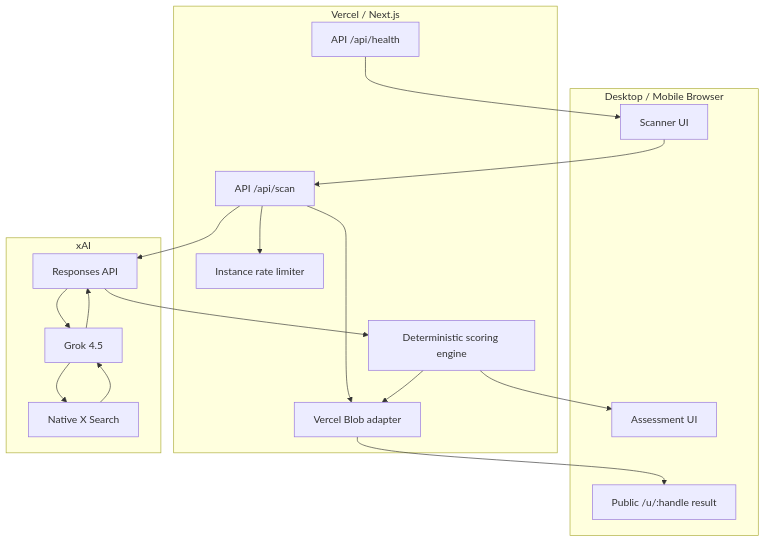
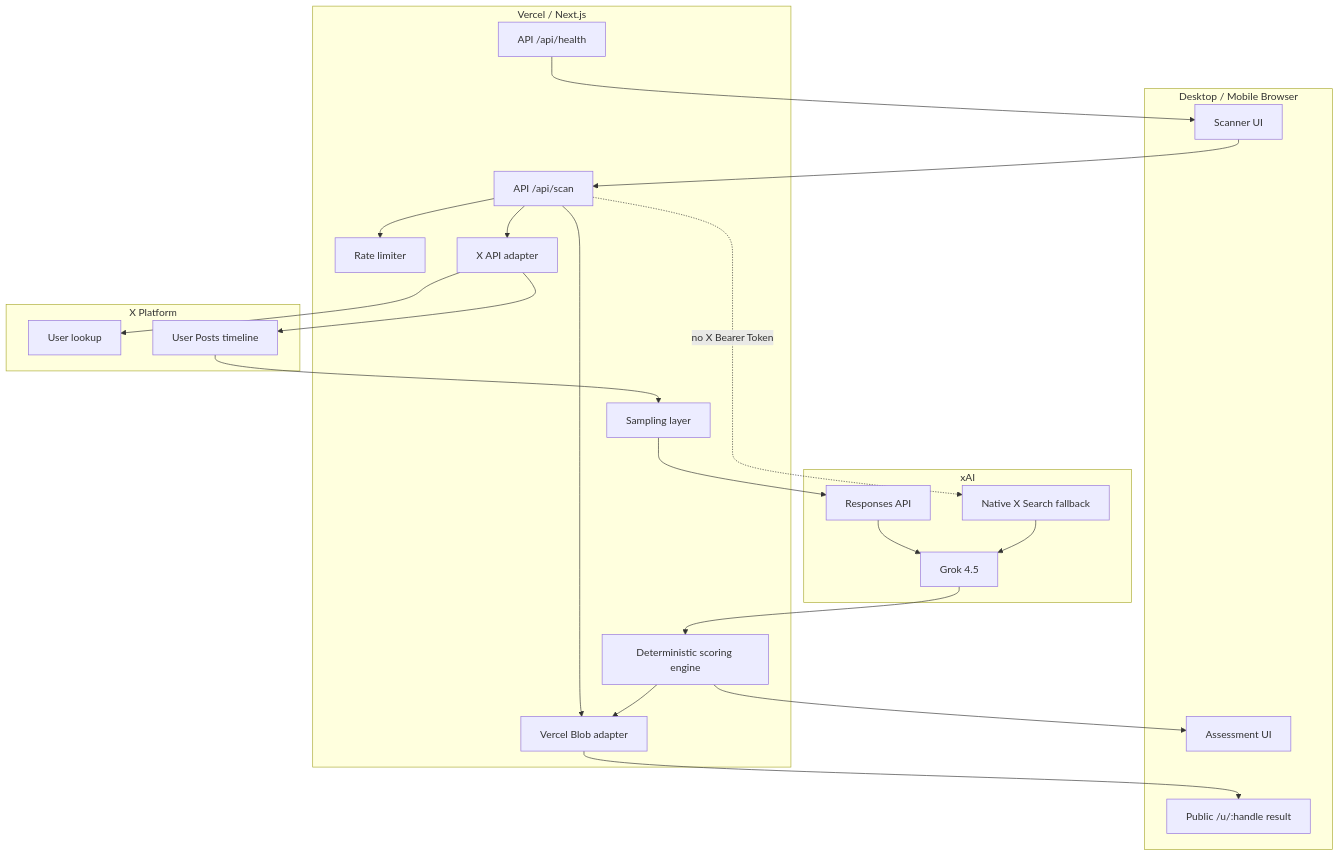
The second of 2 diagrams in README.md (mssystem1/x-account-authentication-for-commons-), drawn with Mermaid before and after one commit. The commit also changed other lines of this file, not shown here.

Commit message:
Document official X API plus Grok production architecture

````diff
--- a/README.md
+++ b/README.md
@@ -62,36 +77,46 @@
 ```mermaid
 graph TB
   subgraph Client[Desktop / Mobile Browser]
     HOME[Scanner UI]
     RESULT[Assessment UI]
     PUBLIC[Public /u/:handle result]
   end
 
   subgraph Vercel[Vercel / Next.js]
     SCAN[API /api/scan]
     HEALTH[API /api/health]
-    RATE[Instance rate limiter]
+    RATE[Rate limiter]
+    XADAPTER[X API adapter]
+    SAMPLE[Sampling layer]
     ENGINE[Deterministic scoring engine]
     STORE[Vercel Blob adapter]
+  end
+
+  subgraph X[X Platform]
+    LOOKUP[User lookup]
+    TIMELINE[User Posts timeline]
   end
 
   subgraph xAI[xAI]
     RESP[Responses API]
     GROK[Grok 4.5]
-    XSEARCH[Native X Search]
+    XSEARCH[Native X Search fallback]
   end
 
   HOME --> SCAN
   SCAN --> RATE
   SCAN --> STORE
-  SCAN --> RESP
+  SCAN --> XADAPTER
+  XADAPTER --> LOOKUP
+  XADAPTER --> TIMELINE
+  TIMELINE --> SAMPLE
+  SAMPLE --> RESP
   RESP --> GROK
-  GROK --> XSEARCH
+  GROK --> ENGINE
+  SCAN -. no X Bearer Token .-> XSEARCH
   XSEARCH --> GROK
-  GROK --> RESP
-  RESP --> ENGINE
   ENGINE --> STORE
   ENGINE --> RESULT
   STORE --> PUBLIC
   HEALTH --> HOME
 ```
````
